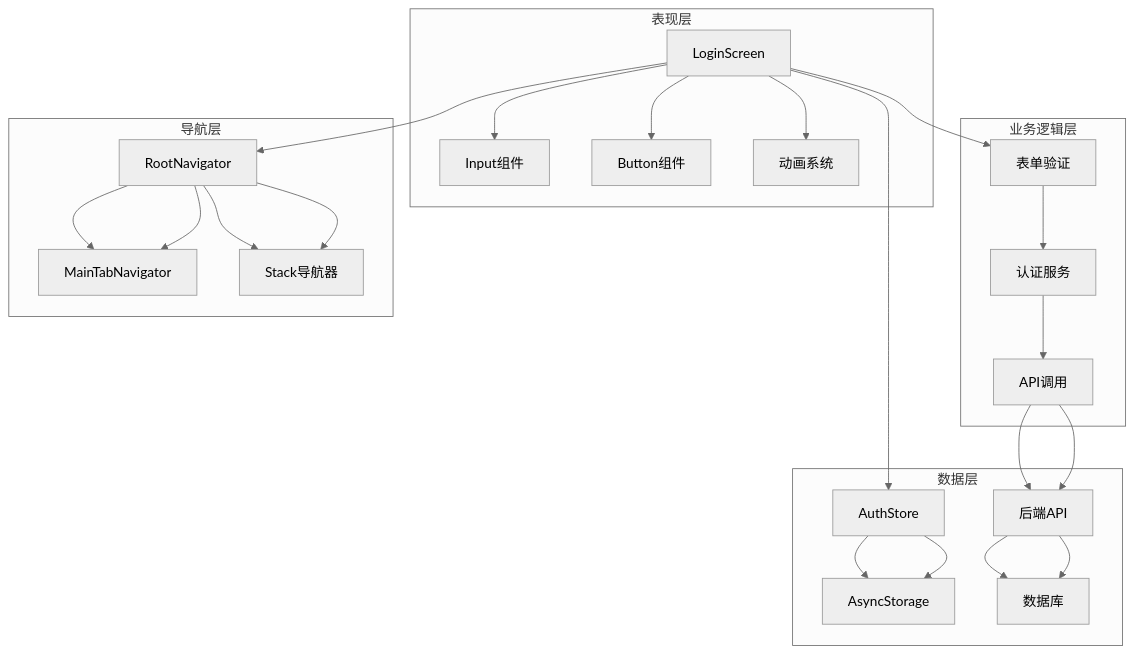
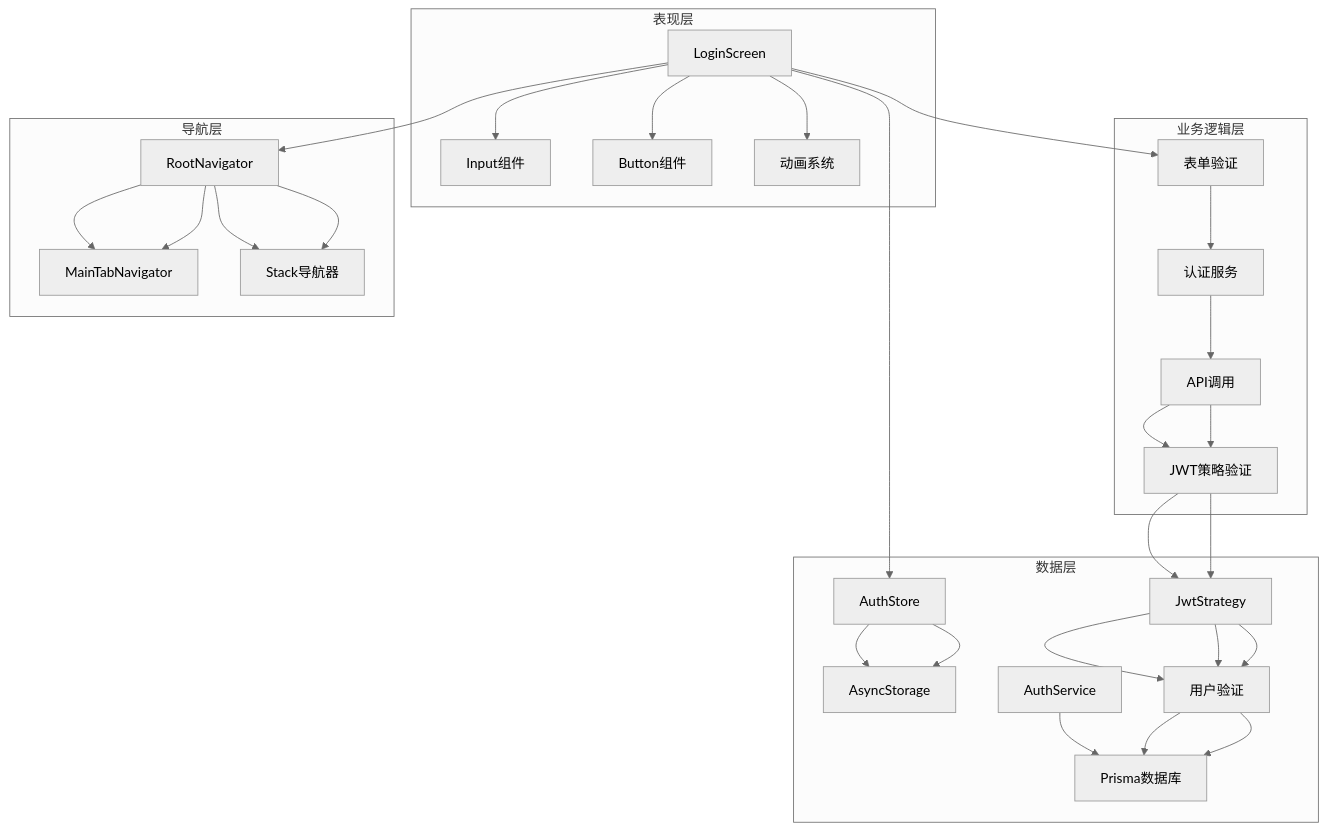
The fourth of 21 diagrams in .qoder/repowiki/zh/content/前端开发指南/页面架构/认证页面/登录页面.md (lsqwawa/free-dress), drawn with Mermaid (neutral theme) before and after one commit. The commit also changed other lines of this file and 55 other files, not shown here.

````diff
--- a/.qoder/repowiki/zh/content/前端开发指南/页面架构/认证页面/登录页面.md
+++ b/.qoder/repowiki/zh/content/前端开发指南/页面架构/认证页面/登录页面.md
@@ -187,29 +227,35 @@
 ```mermaid
 graph TB
 subgraph "表现层"
 A[LoginScreen] --> B[Input组件]
 A --> C[Button组件]
 A --> D[动画系统]
 end
 subgraph "业务逻辑层"
 E[表单验证] --> F[认证服务]
 F --> G[API调用]
+G --> H[JWT策略验证]
 end
 subgraph "数据层"
-H[AuthStore] --> I[AsyncStorage]
-G --> J[后端API]
-J --> K[数据库]
+I[AuthStore] --> J[AsyncStorage]
+K[AuthService] --> L[Prisma数据库]
+M[JwtStrategy] --> N[用户验证]
+H --> M
+M --> N
+N --> L
 end
 subgraph "导航层"
-L[RootNavigator] --> M[MainTabNavigator]
-L --> N[Stack导航器]
+O[RootNavigator] --> P[MainTabNavigator]
+O --> Q[Stack导航器]
 end
 A --> E
-A --> H
-A --> L
-H --> I
-G --> J
-J --> K
-L --> M
-L --> N
+A --> I
+A --> O
+I --> J
+G --> H
+H --> M
+M --> N
+N --> L
+O --> P
+O --> Q
 ```
````
